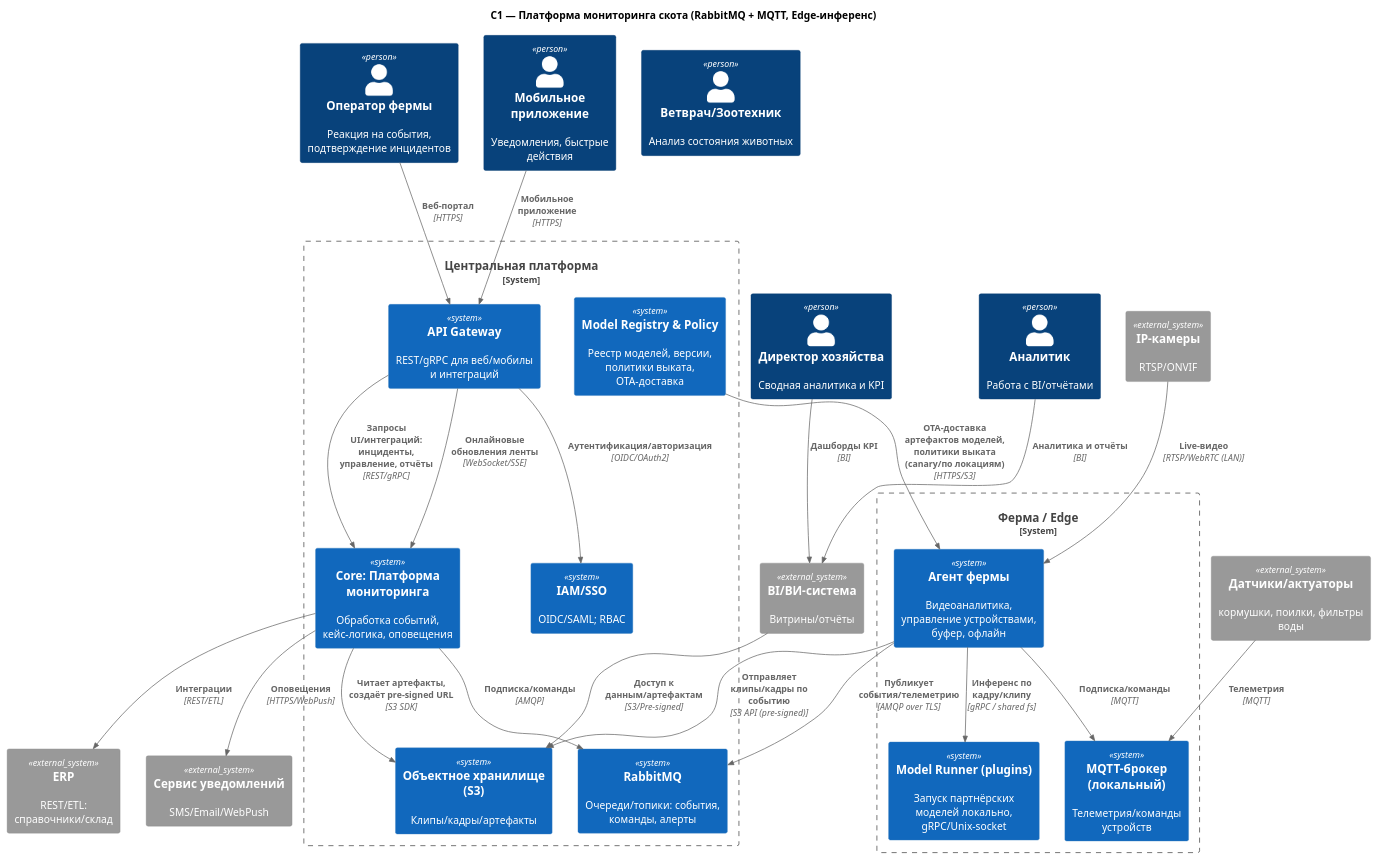
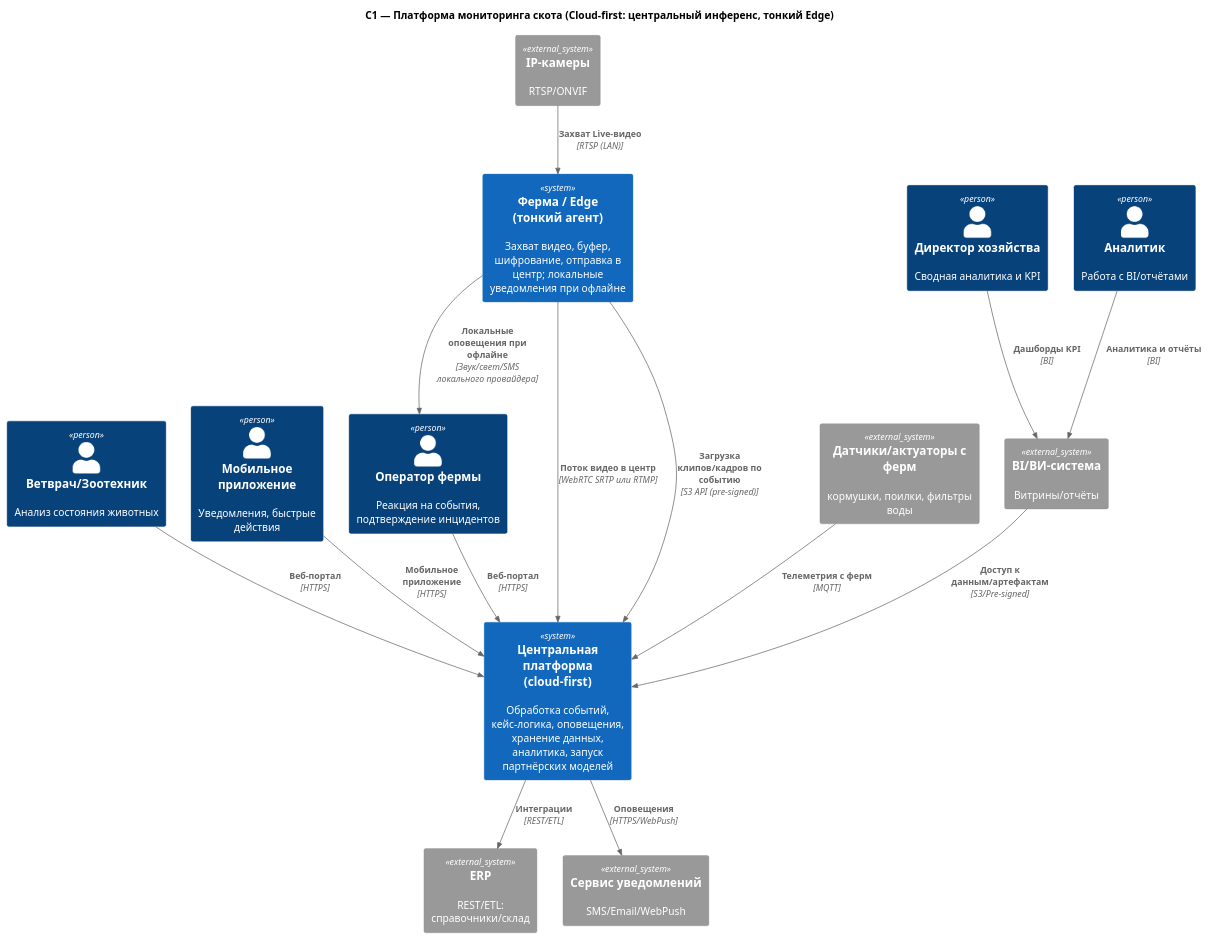
Before and after one commit to G-NighT/MSA-AgroTech: the diagram in Task1/C1-alt.puml, drawn with PlantUML. The commit also changed 10 other files, not shown here.

```diff
--- a/Task1/C1-alt.puml
+++ b/Task1/C1-alt.puml
@@ -1,69 +1,52 @@
 @startuml C1-alt
 
 !includeurl https://raw.githubusercontent.com/plantuml-stdlib/C4-PlantUML/master/C4_Context.puml
 
 top to bottom direction
 
-title C1 — Платформа мониторинга скота (RabbitMQ + MQTT, Edge-инференс)
+title C1 — Платформа мониторинга скота (Cloud-first: центральный инференс, тонкий Edge)
 
 ' Акторы
 Person(op, "Оператор фермы", "Реакция на события, подтверждение инцидентов")
 Person(vet, "Ветврач/Зоотехник", "Анализ состояния животных")
 Person(dir, "Директор хозяйства", "Сводная аналитика и KPI")
 Person(analyst, "Аналитик", "Работа с BI/отчётами")
 Person(mobile, "Мобильное приложение", "Уведомления, быстрые действия")
 
+' Системы
+System(central, "Центральная платформа\n(cloud-first)", "Обработка событий, кейс-логика, оповещения, хранение данных, аналитика, запуск партнёрских моделей")
+System(edge, "Ферма / Edge\n(тонкий агент)", "Захват видео, буфер, шифрование, отправка в центр; локальные уведомления при офлайне")
+
 ' Внешние системы
 System_Ext(cam, "IP-камеры", "RTSP/ONVIF")
-System_Ext(sensors, "Датчики/актуаторы", "кормушки, поилки, фильтры воды")
+System_Ext(sensors, "Датчики/актуаторы с ферм", "кормушки, поилки, фильтры воды")
 System_Ext(bi, "BI/ВИ-система", "Витрины/отчёты")
 System_Ext(erp, "ERP", "REST/ETL: справочники/склад")
 System_Ext(notif, "Сервис уведомлений", "SMS/Email/WebPush")
 
-' Ферма / Edge
-System_Boundary(edge, "Ферма / Edge") {
-  System(edgeAgent, "Агент фермы", "Видеоаналитика, управление устройствами, буфер, офлайн")
-  System(edgeRunner, "Model Runner (plugins)", "Запуск партнёрских моделей локально, gRPC/Unix-socket")
-  System(mqttLocal, "MQTT-брокер (локальный)", "Телеметрия/команды устройств")
-}
+' Связи внешних систем с Edge
+Rel(cam, edge, "Захват Live-видео", "RTSP (LAN)")
 
-' Связи внешних устройств с Edge
-Rel(cam, edgeAgent, "Live-видео", "RTSP/WebRTC (LAN)")
-Rel(sensors, mqttLocal, "Телеметрия", "MQTT")
-Rel(edgeAgent, mqttLocal, "Подписка/команды", "MQTT")
-Rel(edgeAgent, edgeRunner, "Инференс по кадру/клипу", "gRPC / shared fs")
+' Связи внешних систем с центральной платформой
+Rel(bi, central, "Доступ к данным/артефактам", "S3/Pre-signed")
+Rel(sensors, central, "Телеметрия с ферм", "MQTT")
+Rel(central, notif, "Оповещения", "HTTPS/WebPush")
+Rel(central, erp, "Интеграции", "REST/ETL")
 
-' Центральная платформа
-System_Boundary(central, "Центральная платформа") {
-  System(core, "Core: Платформа мониторинга", "Обработка событий, кейс-логика, оповещения")
-  System(rmq, "RabbitMQ", "Очереди/топики: события, команды, алерты")
-  System(object, "Объектное хранилище (S3)", "Клипы/кадры/артефакты")
-  System(auth, "IAM/SSO", "OIDC/SAML; RBAC")
-  System(api, "API Gateway", "REST/gRPC для веб/мобилы и интеграций")
-  System(reg, "Model Registry & Policy", "Реестр моделей, версии, политики выката, OTA-доставка")
-}
+' Связи Edge с центральной платформой
+Rel(edge, central, "Поток видео в центр", "WebRTC SRTP или RTMP")
+Rel(edge, central, "Загрузка клипов/кадров по событию", "S3 API (pre-signed)")
 
-' Связи Edge с Центром
-Rel(edgeAgent, rmq, "Публикует события/телеметрию", "AMQP over TLS")
-Rel(core, rmq, "Подписка/команды", "AMQP")
-Rel(edgeAgent, object, "Отправляет клипы/кадры по событию", "S3 API (pre-signed)")
+' Связи акторов с Edge
+Rel(edge, op, "Локальные оповещения при офлайне", "Звук/свет/SMS локального провайдера")
 
-' API Gateway связи
-Rel(op, api, "Веб-портал", "HTTPS")
-Rel(mobile, api, "Мобильное приложение", "HTTPS")
-Rel(api, auth, "Аутентификация/авторизация", "OIDC/OAuth2")
-Rel(api, core, "Запросы UI/интеграций: инциденты, управление, отчёты", "REST/gRPC")
-Rel(api, core, "Онлайновые обновления ленты", "WebSocket/SSE")
+' Связи акторов с центральной платформой
+Rel(op, central, "Веб-портал", "HTTPS")
+Rel(vet, central, "Веб-портал", "HTTPS")
+Rel(mobile, central, "Мобильное приложение", "HTTPS")
 
-' Core с внешними системами/хранилищем
-Rel(core, object, "Читает артефакты, создаёт pre-signed URL", "S3 SDK")
-Rel(core, notif, "Оповещения", "HTTPS/WebPush")
-Rel(core, erp, "Интеграции", "REST/ETL")
+' Связи акторов с внешними системами
 Rel(analyst, bi, "Аналитика и отчёты", "BI")
-Rel(bi, object, "Доступ к данным/артефактам", "S3/Pre-signed")
 Rel(dir, bi, "Дашборды KPI", "BI")
 
-' Доставка моделей
-Rel(reg, edgeAgent, "OTA-доставка артефактов моделей,\nполитики выката (canary/по локациям)", "HTTPS/S3")
-
 @enduml
```
